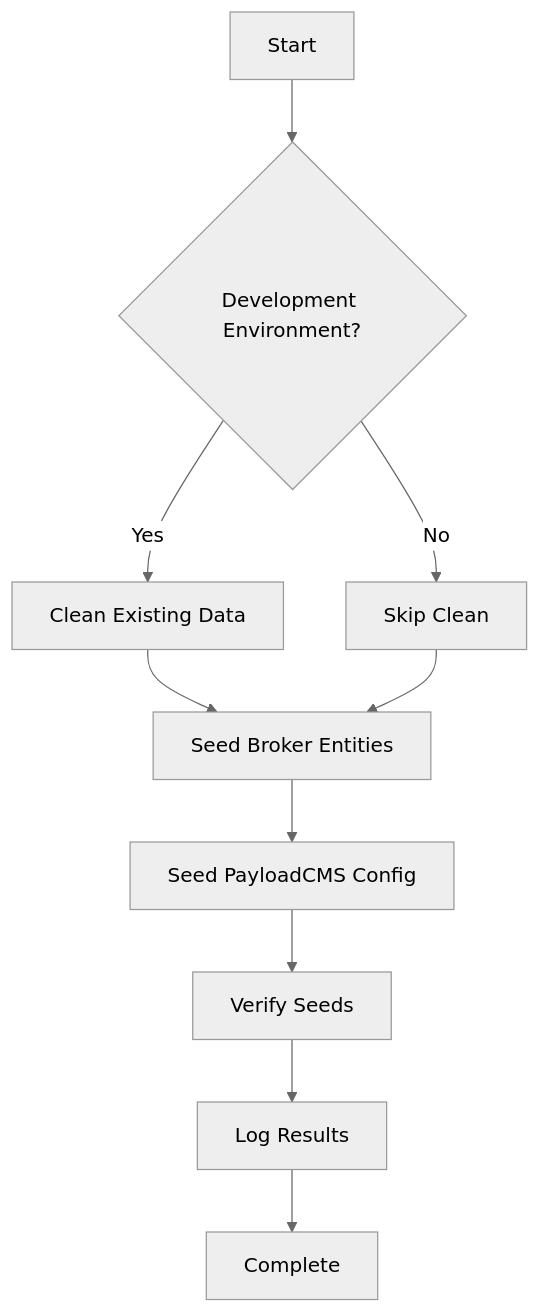
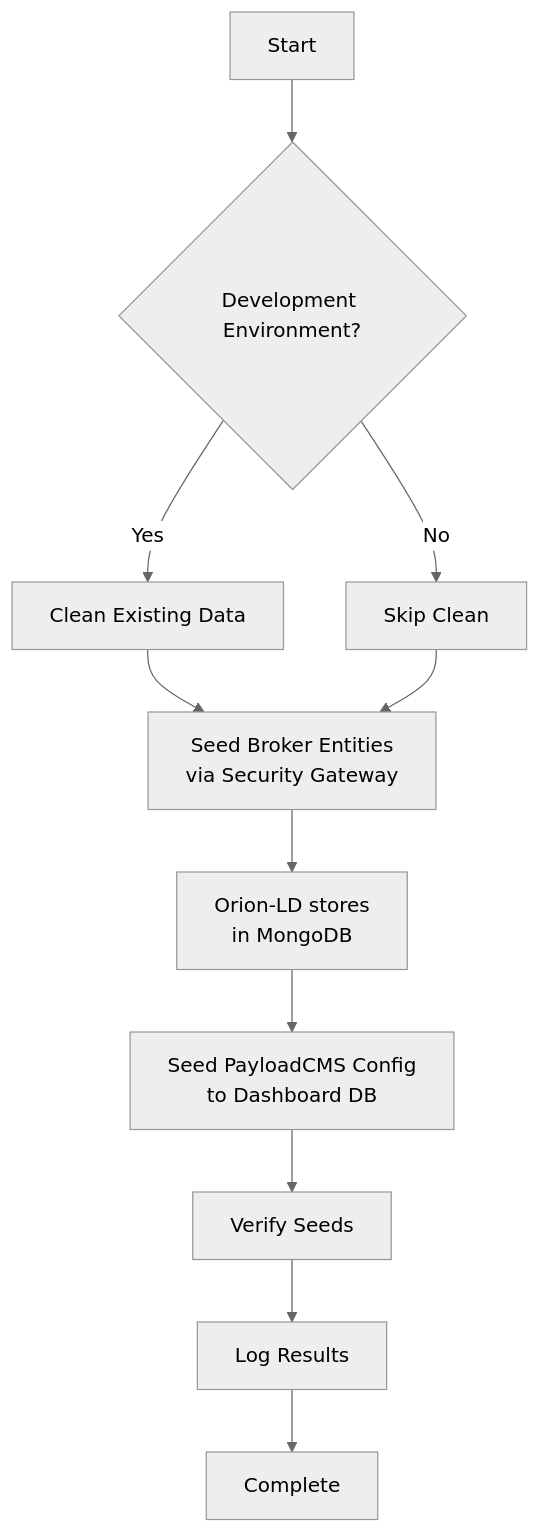
The second of 2 diagrams in docs/development/seed-data.md (CTU-SematX/LegoCity), drawn with Mermaid (neutral theme) before and after one commit. The commit also changed other lines of this file and 152 other files, not shown here.

First line of the commit message:
docs: Fix broken links and update architecture diagrams

````diff
--- a/docs/development/seed-data.md
+++ b/docs/development/seed-data.md
@@ -435,12 +436,13 @@
 ```mermaid
 graph TD
     A[Start] --> B{Development Environment?}
     B -->|Yes| C[Clean Existing Data]
     B -->|No| D[Skip Clean]
-    C --> E[Seed Broker Entities]
+    C --> E[Seed Broker Entities<br/>via Security Gateway]
     D --> E
-    E --> F[Seed PayloadCMS Config]
-    F --> G[Verify Seeds]
-    G --> H[Log Results]
-    H --> I[Complete]
+    E --> F[Orion-LD stores<br/>in MongoDB]
+    F --> G[Seed PayloadCMS Config<br/>to Dashboard DB]
+    G --> H[Verify Seeds]
+    H --> I[Log Results]
+    I --> J[Complete]
 ```
````
